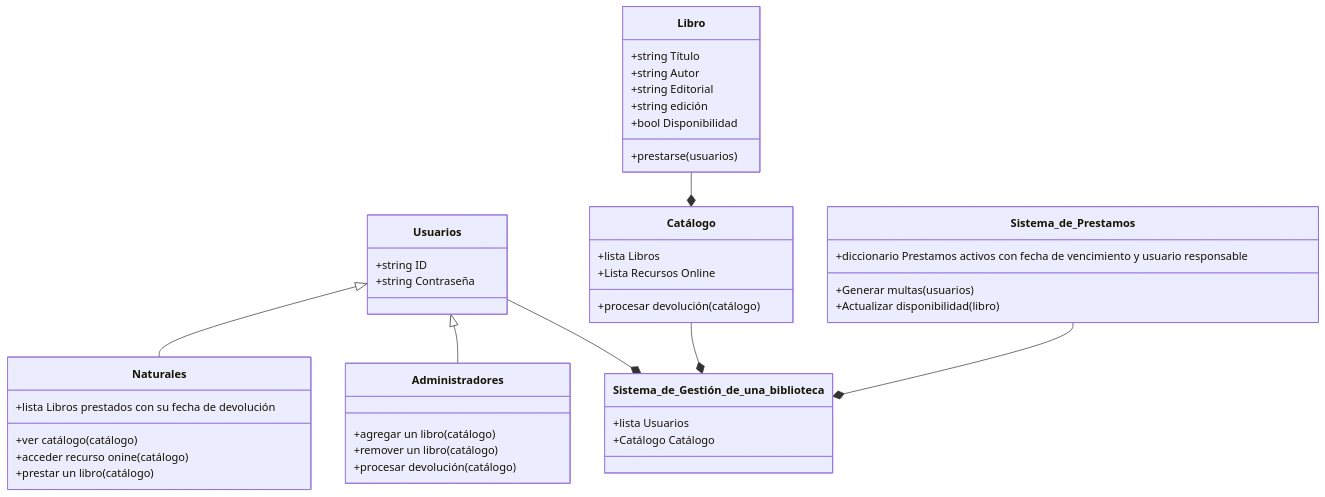
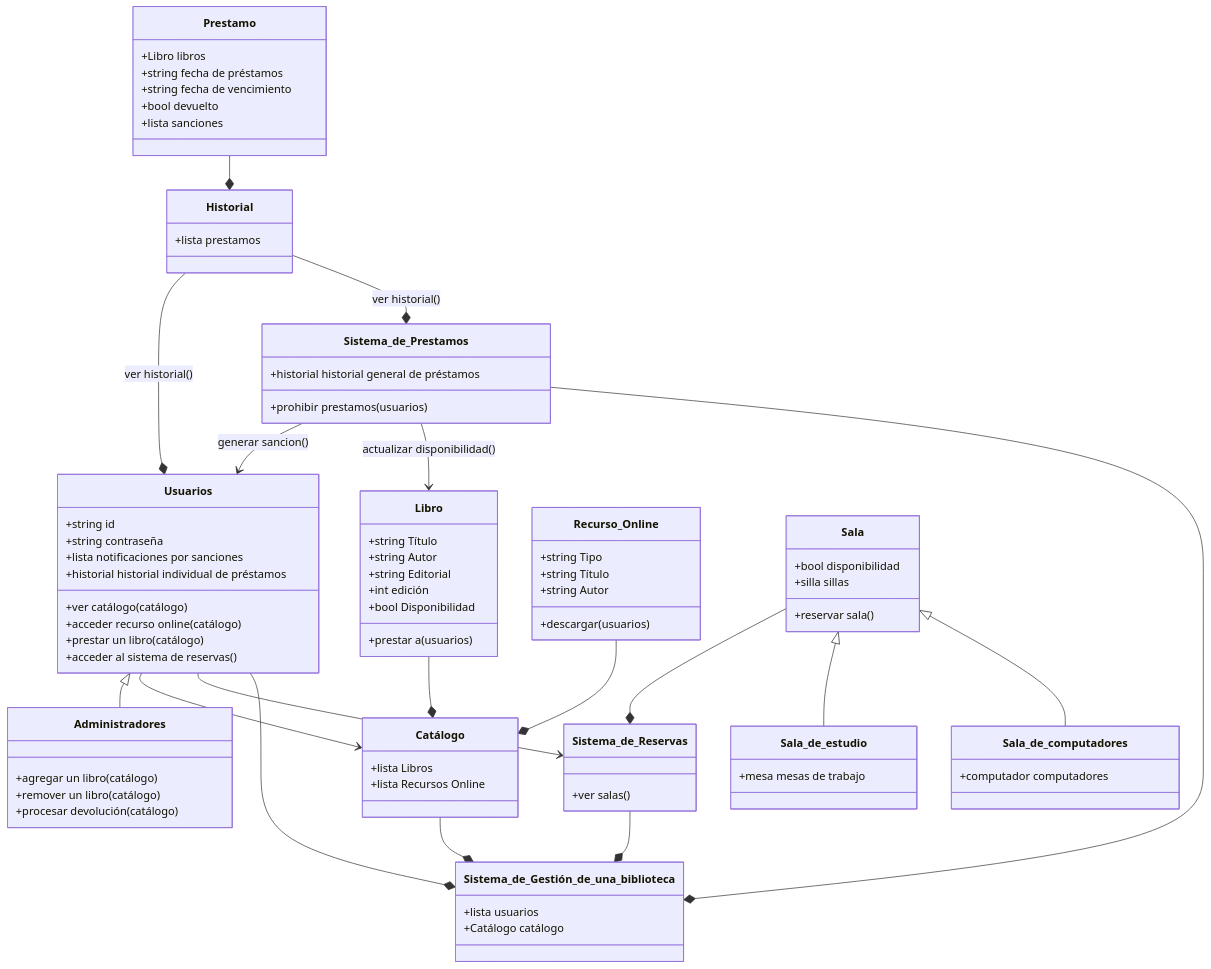
The sixth of 6 diagrams in README.md (LucasGarcia0924/Repo-2-Lucas-Garcia-curso-POO-Unal-), drawn with Mermaid before and after one commit. The commit also changed other lines of this file, not shown here.

First line of the commit message:
Diagramas completos

````diff
--- a/README.md
+++ b/README.md
@@ -4,47 +103,86 @@
 ```mermaid
 classDiagram
-    Usuarios <|-- Naturales
+    Historial --*  Usuarios: ver historial()
+    Historial --*  Sistema_de_Prestamos: ver historial()
+    Prestamo --*  Historial
+    Sistema_de_Prestamos --> Usuarios : generar sancion()
+    Sistema_de_Prestamos --> Libro : actualizar disponibilidad()
     Usuarios <|-- Administradores
+    Usuarios --> Catálogo
     Libro --*  Catálogo
+    Recurso_Online --*  Catálogo
+    Sala --*  Sistema_de_Reservas
+    Sala <|-- Sala_de_estudio
+    Sala <|-- Sala_de_computadores
+    Usuarios --> Sistema_de_Reservas
     Usuarios --*  Sistema_de_Gestión_de_una_biblioteca
     Catálogo --*  Sistema_de_Gestión_de_una_biblioteca
     Sistema_de_Prestamos --*  Sistema_de_Gestión_de_una_biblioteca
-
+    Sistema_de_Reservas --*  Sistema_de_Gestión_de_una_biblioteca
     class Sistema_de_Gestión_de_una_biblioteca{
-      +lista Usuarios
-      +Catálogo Catálogo
+      +lista usuarios
+      +Catálogo catálogo
     }
     class Usuarios{
-      +string ID
-      +string Contraseña
-    }
-    class Naturales{
-      +lista Libros prestados con su fecha de devolución
+      +string id
+      +string contraseña
+      +lista notificaciones por sanciones
+      +historial historial individual de préstamos
       +ver catálogo(catálogo)
-      +acceder recurso onine(catálogo)
+      +acceder recurso online(catálogo)
       +prestar un libro(catálogo)
+      +acceder al sistema de reservas()
     }
     class Administradores{
       +agregar un libro(catálogo)
       +remover un libro(catálogo)
       +procesar devolución(catálogo)
     }
+    class Historial{
+      +lista prestamos
+    }
+    class Prestamo{
+      +Libro libros
+      +string fecha de préstamos
+      +string fecha de vencimiento
+      +bool devuelto
+      +lista sanciones
+    }
     class Catálogo{
       +lista Libros
-      +Lista Recursos Online
-      +procesar devolución(catálogo)
+      +lista Recursos Online
+    
     }
     class Libro{
       +string Título
       +string Autor
       +string Editorial
-      +string edición
+      +int edición
       +bool Disponibilidad
-      +prestarse(usuarios)
+      +prestar a(usuarios)
+    }
+    class Recurso_Online{
+      +string Tipo
+      +string Título
+      +string Autor
+      +descargar(usuarios)
     }
     class Sistema_de_Prestamos{
-      +diccionario Prestamos activos con fecha de vencimiento y usuario responsable
-      +Generar multas(usuarios)
-      +Actualizar disponibilidad(libro)
+      +historial historial general de préstamos
+      +prohibir prestamos(usuarios)
+    }
+    class Sistema_de_Reservas{
+      +ver salas()
+    }
+    class Sala{
+      +bool disponibilidad
+      +silla sillas
+      +reservar sala()
+    }
+    class Sala_de_estudio{
+      +mesa mesas de trabajo
+    }
+    class Sala_de_computadores{
+      +computador computadores
     }
 ```
````
